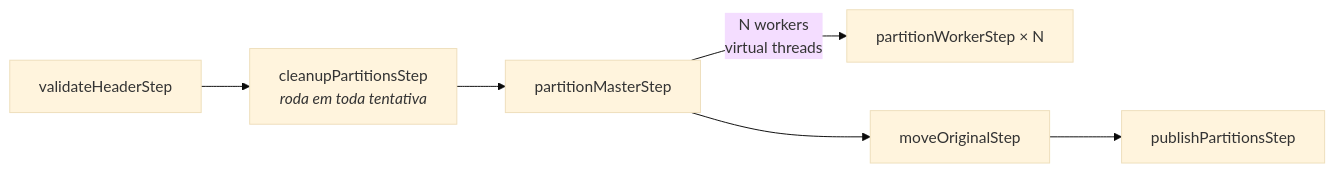
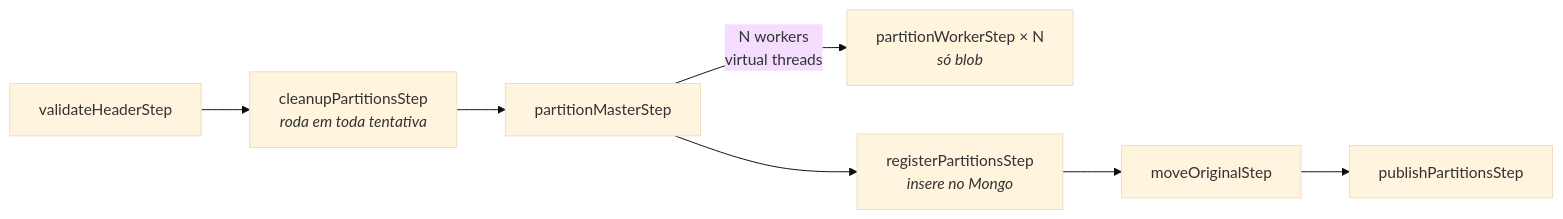
One commit to AlexandreSouzaRocha/poc-spring-batch-scheduled-lock changed the second of 2 diagrams in docs/ARCHITECTURE.md. Above: the diagram before and after it, drawn with Mermaid (base theme). The commit also changed other lines of this file and 24 other files, not shown here.

First line of the commit message:
Tira I/O de blob e Kafka de dentro das transações do MongoDB

````diff
--- a/docs/ARCHITECTURE.md
+++ b/docs/ARCHITECTURE.md
@@ -37,7 +37,7 @@
 ```mermaid
 flowchart LR
     V["validateHeaderStep"] --> C["cleanupPartitionsStep<br/><i>roda em toda tentativa</i>"]
     C --> M["partitionMasterStep"]
-    M -->|N workers<br/>virtual threads| W["partitionWorkerStep × N"]
-    M --> MV["moveOriginalStep"] --> P["publishPartitionsStep"]
+    M -->|N workers<br/>virtual threads| W["partitionWorkerStep × N<br/><i>só blob</i>"]
+    M --> R["registerPartitionsStep<br/><i>insere no Mongo</i>"] --> MV["moveOriginalStep"] --> P["publishPartitionsStep"]
 ```
````
